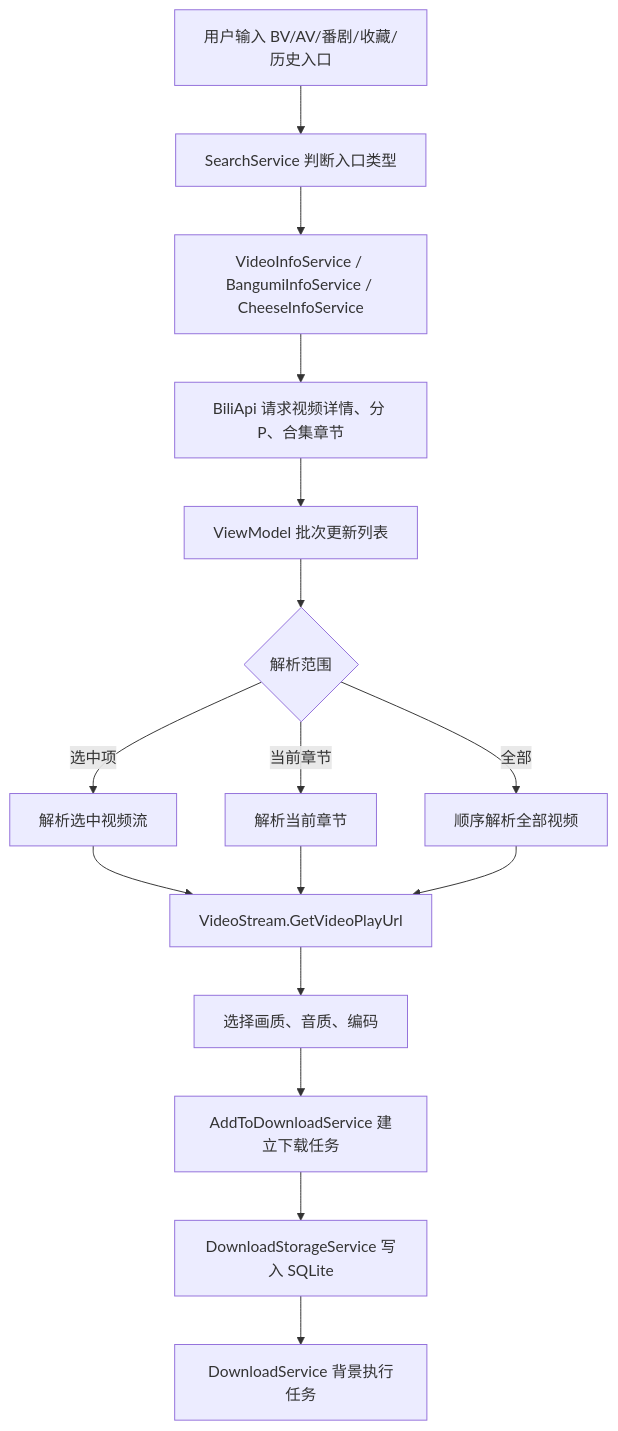
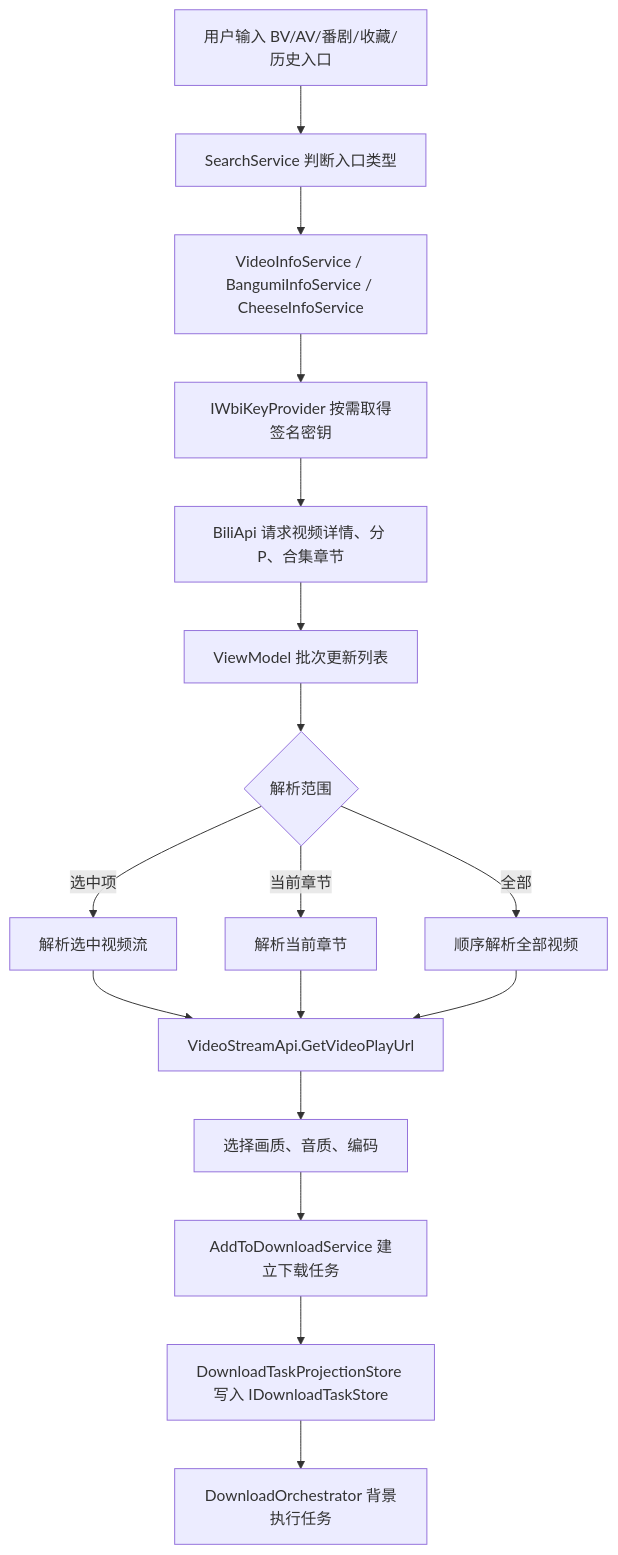
Before and after one commit to crazysmile-PhD/downkyicore: the first of 2 diagrams in README.md, drawn with Mermaid. The commit also changed other lines of this file and 4 other files, not shown here.

````diff
--- a/README.md
+++ b/README.md
@@ -63,18 +63,19 @@
 ```mermaid
 flowchart TD
     A["用户输入 BV/AV/番剧/收藏/历史入口"] --> B["SearchService 判断入口类型"]
     B --> C["VideoInfoService / BangumiInfoService / CheeseInfoService"]
-    C --> D["BiliApi 请求视频详情、分 P、合集章节"]
-    D --> E["ViewModel 批次更新列表"]
-    E --> F{"解析范围"}
-    F -->|选中项| G["解析选中视频流"]
-    F -->|当前章节| H["解析当前章节"]
-    F -->|全部| I["顺序解析全部视频"]
-    G --> J["VideoStream.GetVideoPlayUrl"]
-    H --> J
-    I --> J
-    J --> K["选择画质、音质、编码"]
-    K --> L["AddToDownloadService 建立下载任务"]
-    L --> M["DownloadStorageService 写入 SQLite"]
-    M --> N["DownloadService 背景执行任务"]
+    C --> D["IWbiKeyProvider 按需取得签名密钥"]
+    D --> E["BiliApi 请求视频详情、分 P、合集章节"]
+    E --> F["ViewModel 批次更新列表"]
+    F --> G{"解析范围"}
+    G -->|选中项| H["解析选中视频流"]
+    G -->|当前章节| I["解析当前章节"]
+    G -->|全部| J["顺序解析全部视频"]
+    H --> K["VideoStreamApi.GetVideoPlayUrl"]
+    I --> K
+    J --> K
+    K --> L["选择画质、音质、编码"]
+    L --> M["AddToDownloadService 建立下载任务"]
+    M --> N["DownloadTaskProjectionStore 写入 IDownloadTaskStore"]
+    N --> O["DownloadOrchestrator 背景执行任务"]
 ```
````
